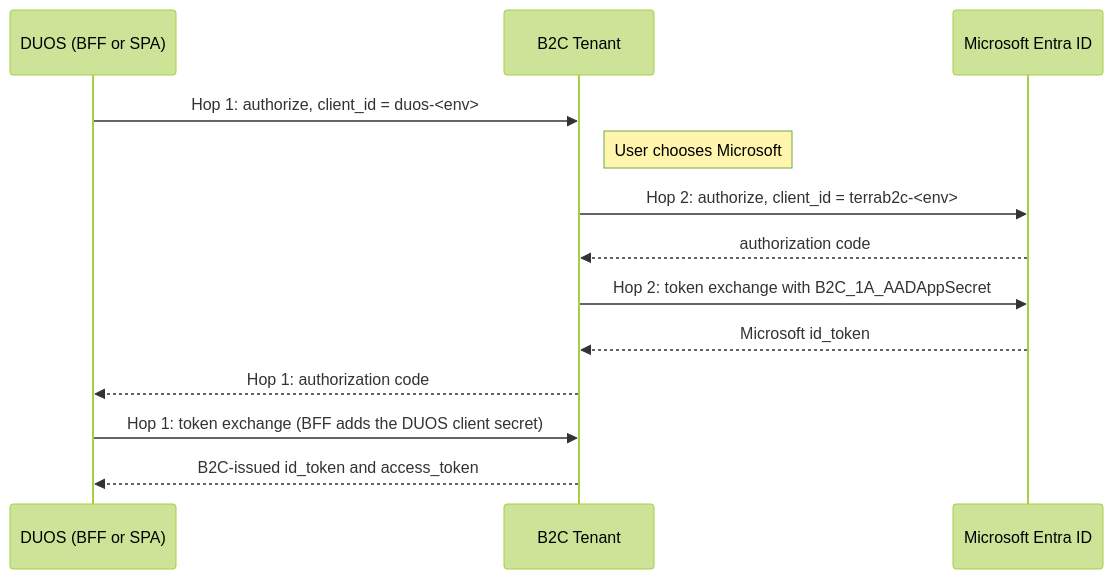
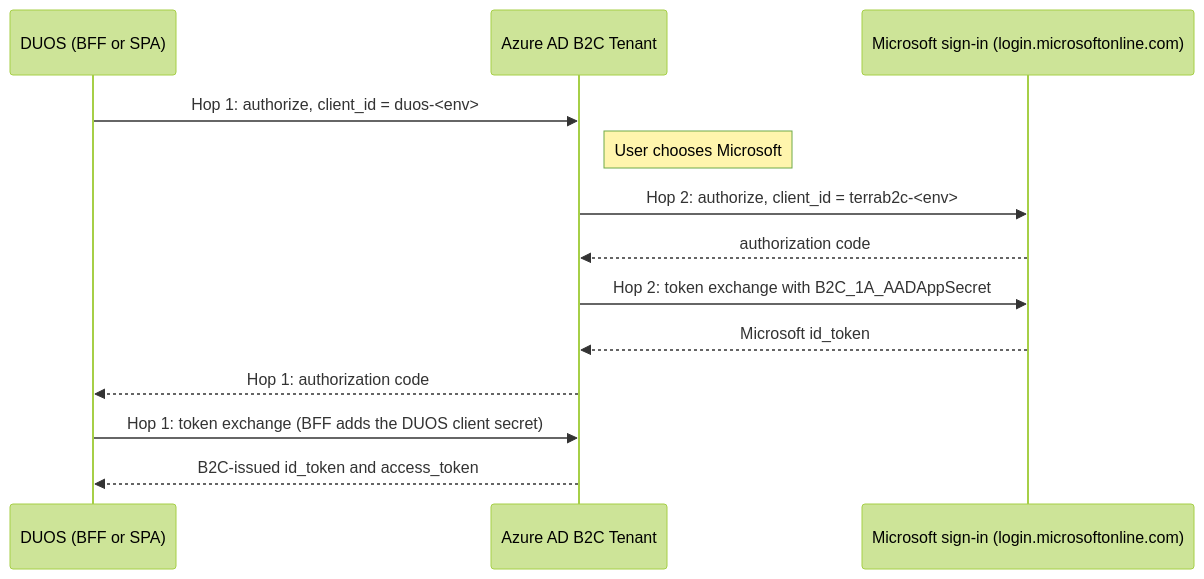
One commit to DataBiosphere/duos-ui changed the second of 5 diagrams in docs/Authentication.md. Above: the diagram before and after it, drawn with Mermaid. The commit also changed other lines of this file, not shown here.

Commit message:
[DT-4416] Name the hop 2 Microsoft service without Entra ambiguity
The diagram actor "Microsoft Entra ID" read like a move to Entra External
ID. Label it as Microsoft's sign-in service and say that it covers work,
school and personal accounts, and that DUOS still uses Azure AD B2C.

````diff
--- a/docs/Authentication.md
+++ b/docs/Authentication.md
@@ -66,16 +66,16 @@
 ```mermaid
 %%{init: { 'theme': 'forest' } }%%
 sequenceDiagram
     participant DUOS as DUOS (BFF or SPA)
-    participant B2C as B2C Tenant
-    participant MS as Microsoft Entra ID
+    participant B2C as Azure AD B2C Tenant
+    participant MS as Microsoft sign-in (login.microsoftonline.com)
     DUOS ->> B2C: Hop 1: authorize, client_id = duos-<env>
     note right of B2C: User chooses Microsoft
     B2C ->> MS: Hop 2: authorize, client_id = terrab2c-<env>
     MS -->> B2C: authorization code
     B2C ->> MS: Hop 2: token exchange with B2C_1A_AADAppSecret
     MS -->> B2C: Microsoft id_token
     B2C -->> DUOS: Hop 1: authorization code
     DUOS ->> B2C: Hop 1: token exchange (BFF adds the DUOS client secret)
     B2C -->> DUOS: B2C-issued id_token and access_token
 ```
````
